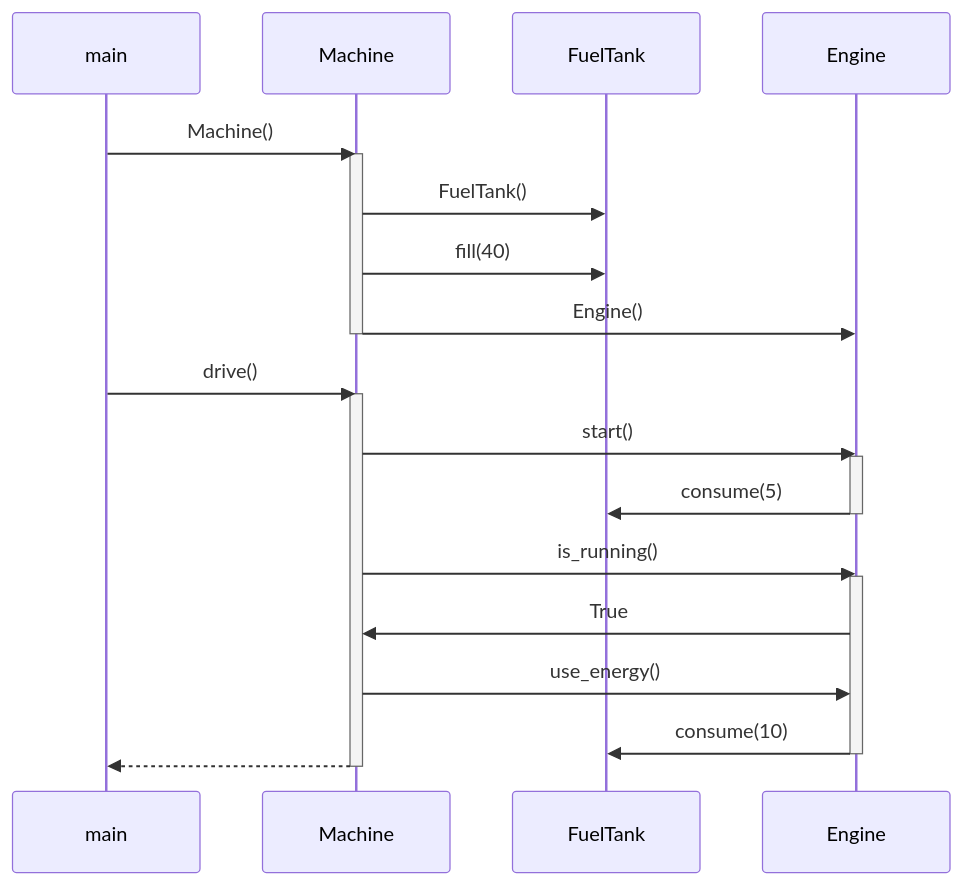
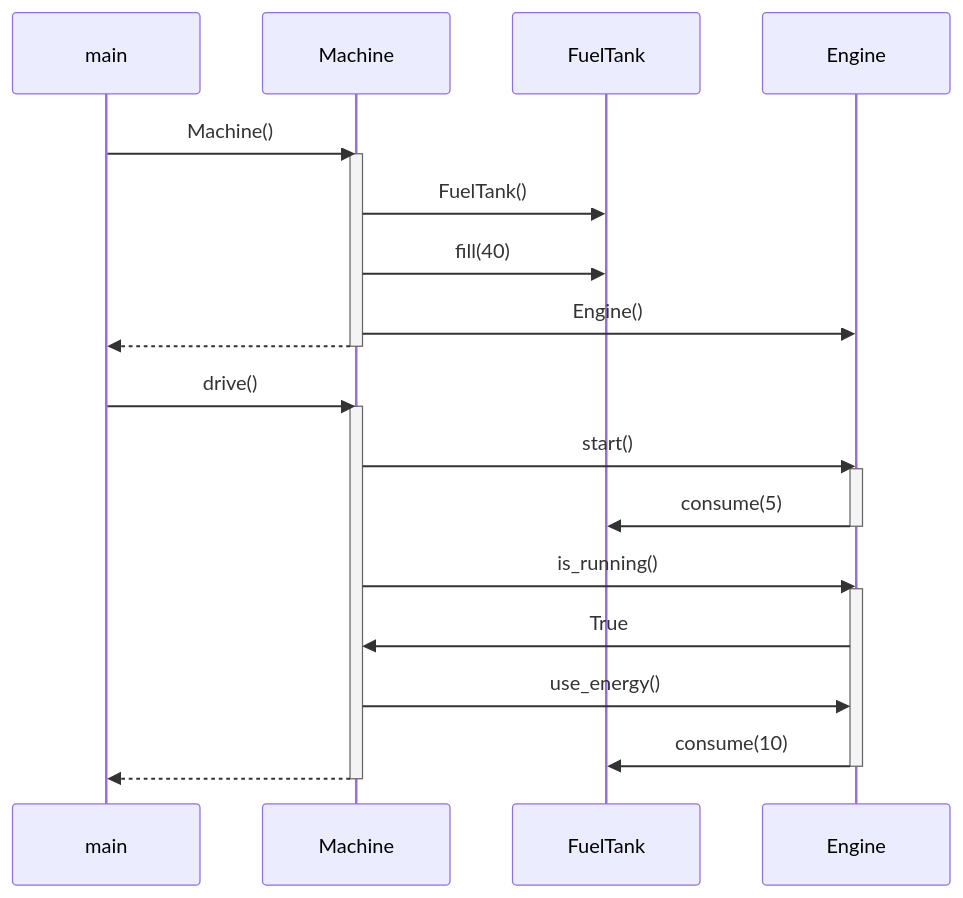
One commit to brotholi/ot-harjoitustyo changed the diagram in laskarit/viikko3/sekvenssikaavio_moottori.md. Above: the diagram before and after it, drawn with Mermaid.

````diff
--- a/laskarit/viikko3/sekvenssikaavio_moottori.md
+++ b/laskarit/viikko3/sekvenssikaavio_moottori.md
@@ -3,35 +3,36 @@
 ```mermaid
 sequenceDiagram
   participant main
   participant Machine
   participant FuelTank
   participant Engine
   
   main->>Machine: Machine() 
   activate Machine
   Machine->>FuelTank: FuelTank()
   Machine->>FuelTank: fill(40)
   Machine->>Engine: Engine()
+  Machine-->>main:   
   deactivate Machine
   
   main->>Machine: drive()
   activate Machine
   Machine->>Engine: start()
   activate Engine
   Engine->>FuelTank: consume(5)
   deactivate Engine
   Machine->>Engine: is_running()
   activate Engine
   Engine->>Machine: True
   Machine->>Engine: use_energy()
  
   Engine->>FuelTank: consume(10)
  
   deactivate Engine
-    Machine-->>main:   
+  Machine-->>main:   
   deactivate Machine
 
   
   
   
 ```
````
